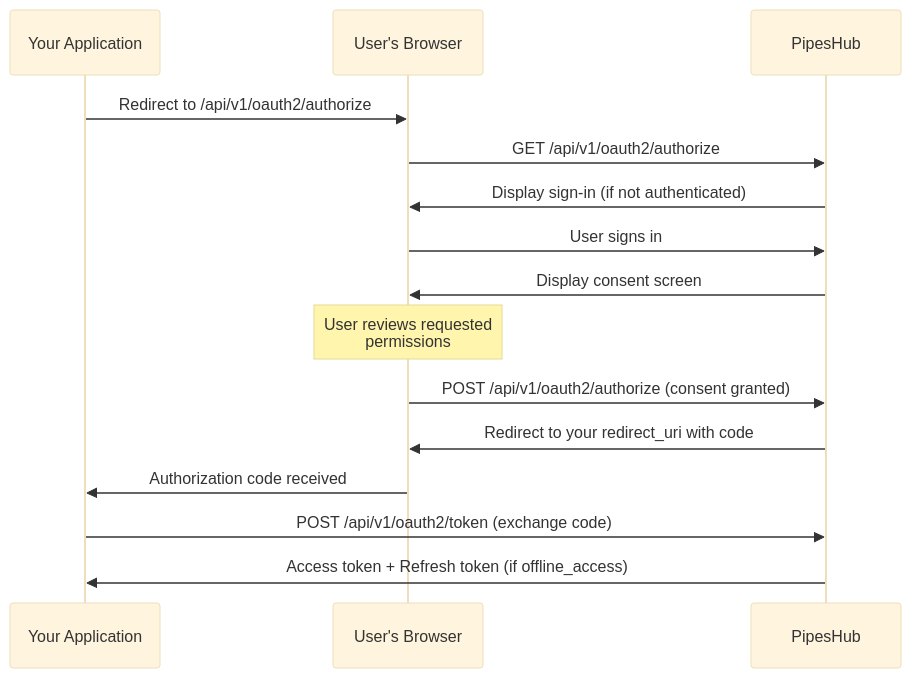
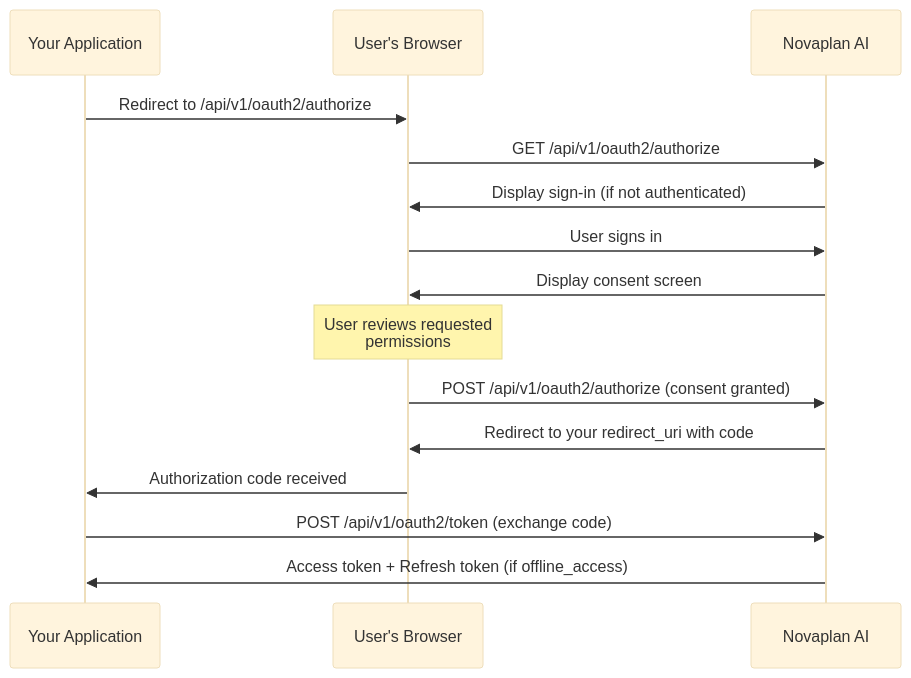
The diagram in developer/oauth2.mdx (Novaplan-AI/documentation), drawn with Mermaid (base theme) before and after one commit. The commit also changed other lines of this file and 44 other files, not shown here.

````diff
--- a/developer/oauth2.mdx
+++ b/developer/oauth2.mdx
@@ -287,18 +287,18 @@
 ```mermaid
 sequenceDiagram
     participant App as Your Application
     participant Browser as User's Browser
-    participant PH as PipesHub
+    participant PH as Novaplan AI
 
     App->>Browser: Redirect to /api/v1/oauth2/authorize
     Browser->>PH: GET /api/v1/oauth2/authorize
     PH->>Browser: Display sign-in (if not authenticated)
     Browser->>PH: User signs in
     PH->>Browser: Display consent screen
     Note over Browser: User reviews requested<br/>permissions
     Browser->>PH: POST /api/v1/oauth2/authorize (consent granted)
     PH->>Browser: Redirect to your redirect_uri with code
     Browser->>App: Authorization code received
     App->>PH: POST /api/v1/oauth2/token (exchange code)
     PH->>App: Access token + Refresh token (if offline_access)
 ```
````
